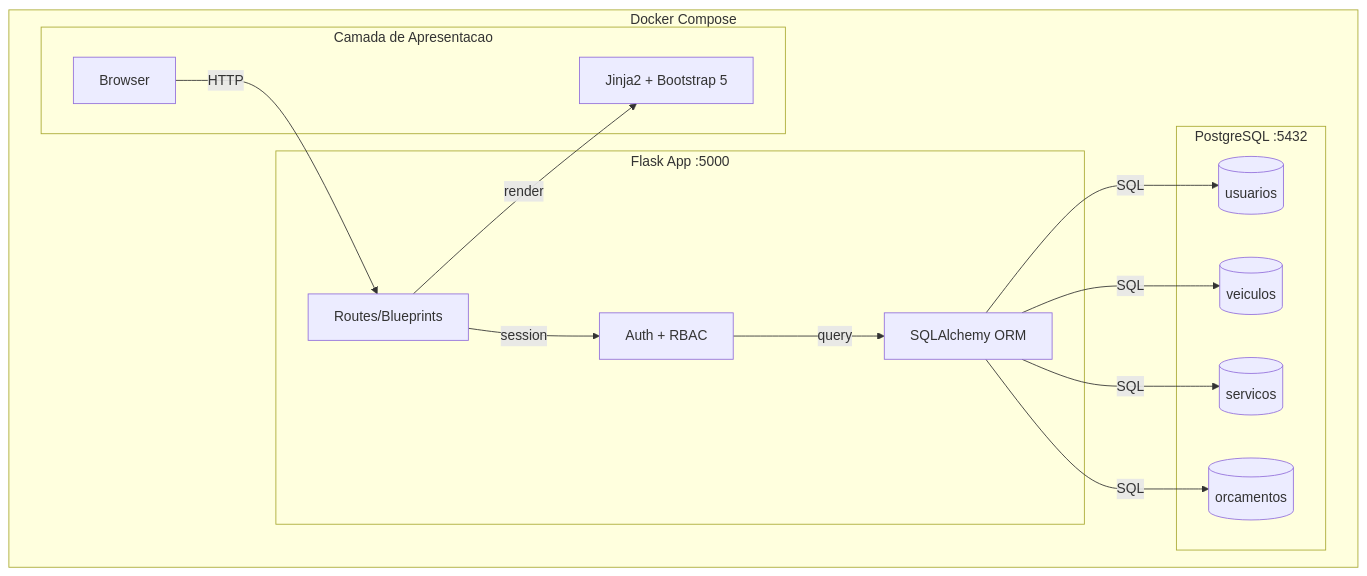
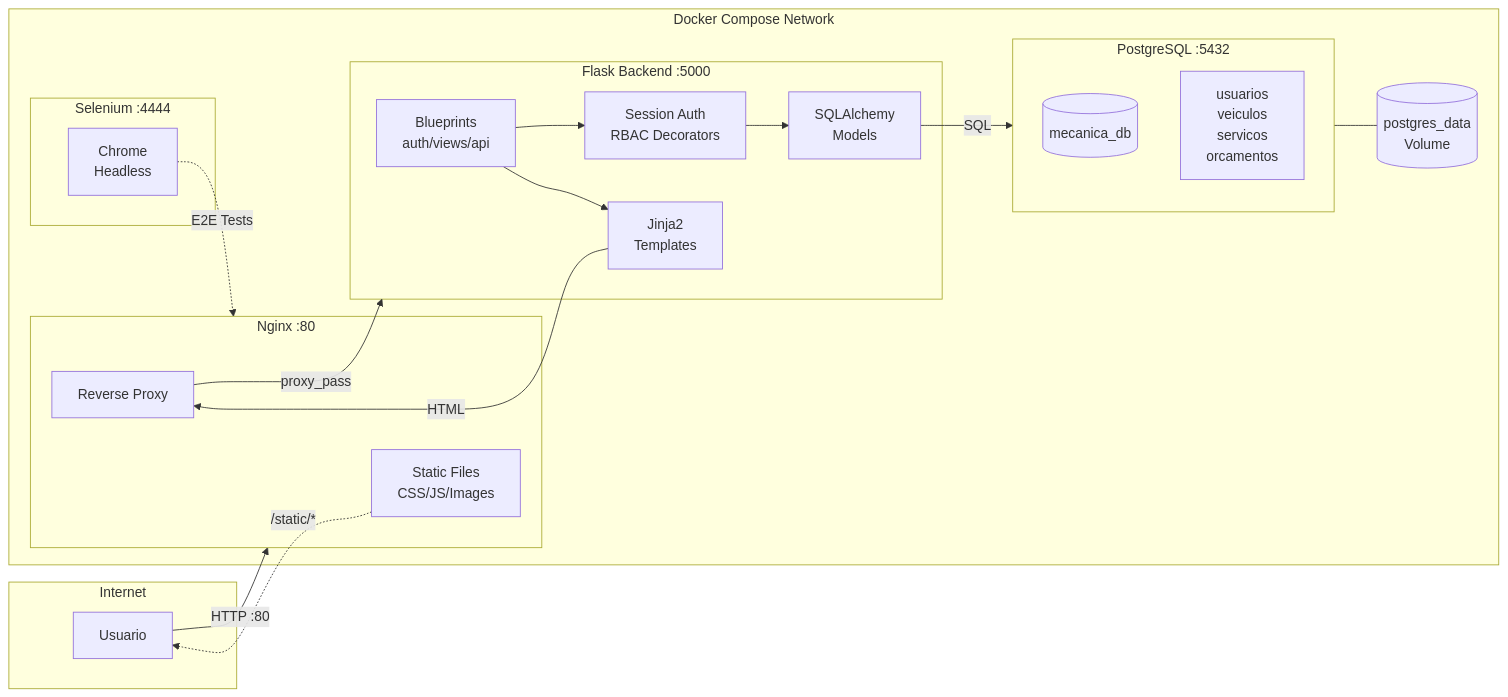
The diagram in docs/ARQUITETURA.md (Gxaite/tppe), drawn with Mermaid before and after one commit. The commit also changed other lines of this file, not shown here.

Commit message:
feat: update system architecture documentation to reflect microservices structure and Docker container details

````diff
--- a/docs/ARQUITETURA.md
+++ b/docs/ARQUITETURA.md
@@ -24,31 +24,42 @@
 ```mermaid
-flowchart TB
-    subgraph DOCKER["Docker Compose"]
-        subgraph FRONTEND["Camada de Apresentacao"]
-            BROWSER["Browser"]
-            TEMPLATES["Jinja2 + Bootstrap 5"]
+flowchart LR
+    subgraph EXTERNAL["Internet"]
+        USER["Usuario"]
+    end
+
+    subgraph DOCKER["Docker Compose Network"]
+        subgraph NGINX["Nginx :80"]
+            STATIC["Static Files<br/>CSS/JS/Images"]
+            PROXY["Reverse Proxy"]
         end
-        
-        subgraph BACKEND["Flask App :5000"]
-            ROUTES["Routes/Blueprints"]
-            AUTH["Auth + RBAC"]
-            MODELS["SQLAlchemy ORM"]
+
+        subgraph FLASK["Flask Backend :5000"]
+            ROUTES["Blueprints<br/>auth/views/api"]
+            AUTH["Session Auth<br/>RBAC Decorators"]
+            ORM["SQLAlchemy<br/>Models"]
+            JINJA["Jinja2<br/>Templates"]
         end
-        
-        subgraph DATABASE["PostgreSQL :5432"]
-            USUARIOS[("usuarios")]
-            VEICULOS[("veiculos")]
-            SERVICOS[("servicos")]
-            ORCAMENTOS[("orcamentos")]
+
+        subgraph POSTGRES["PostgreSQL :5432"]
+            DB[("mecanica_db")]
+            TABLES["usuarios<br/>veiculos<br/>servicos<br/>orcamentos"]
         end
+
+        subgraph SELENIUM["Selenium :4444"]
+            CHROME["Chrome<br/>Headless"]
+        end
+
+        VOLUME[("postgres_data<br/>Volume")]
     end
-    
-    BROWSER -->|HTTP| ROUTES
-    ROUTES -->|render| TEMPLATES
-    ROUTES -->|session| AUTH
-    AUTH -->|query| MODELS
-    MODELS -->|SQL| USUARIOS
-    MODELS -->|SQL| VEICULOS
-    MODELS -->|SQL| SERVICOS
-    MODELS -->|SQL| ORCAMENTOS
+
+    USER -->|HTTP :80| NGINX
+    PROXY -->|proxy_pass| FLASK
+    STATIC -.->|/static/*| USER
+    ROUTES --> AUTH
+    AUTH --> ORM
+    ROUTES --> JINJA
+    JINJA -->|HTML| PROXY
+    ORM -->|SQL| POSTGRES
+    POSTGRES --- VOLUME
+    CHROME -.->|E2E Tests| NGINX
 ```
````
